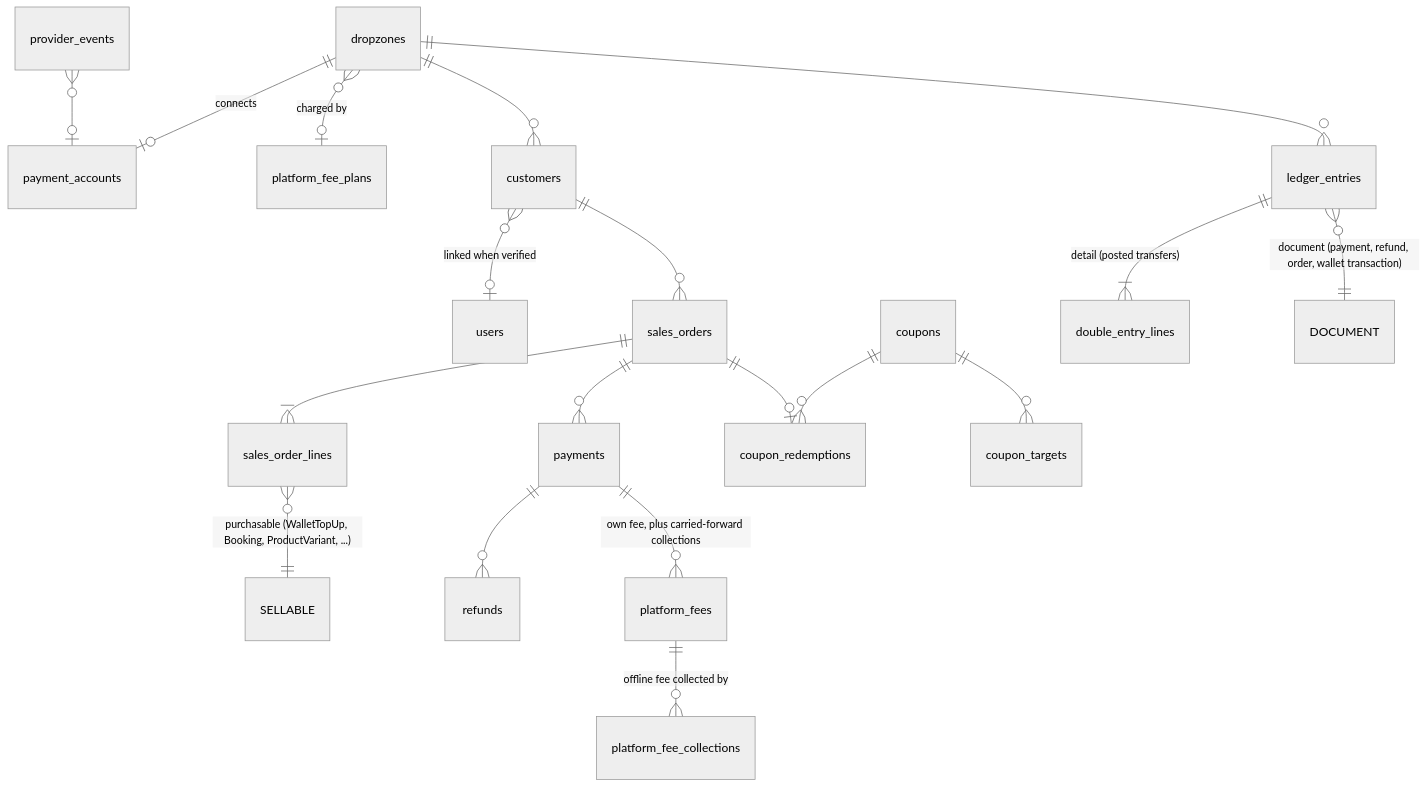
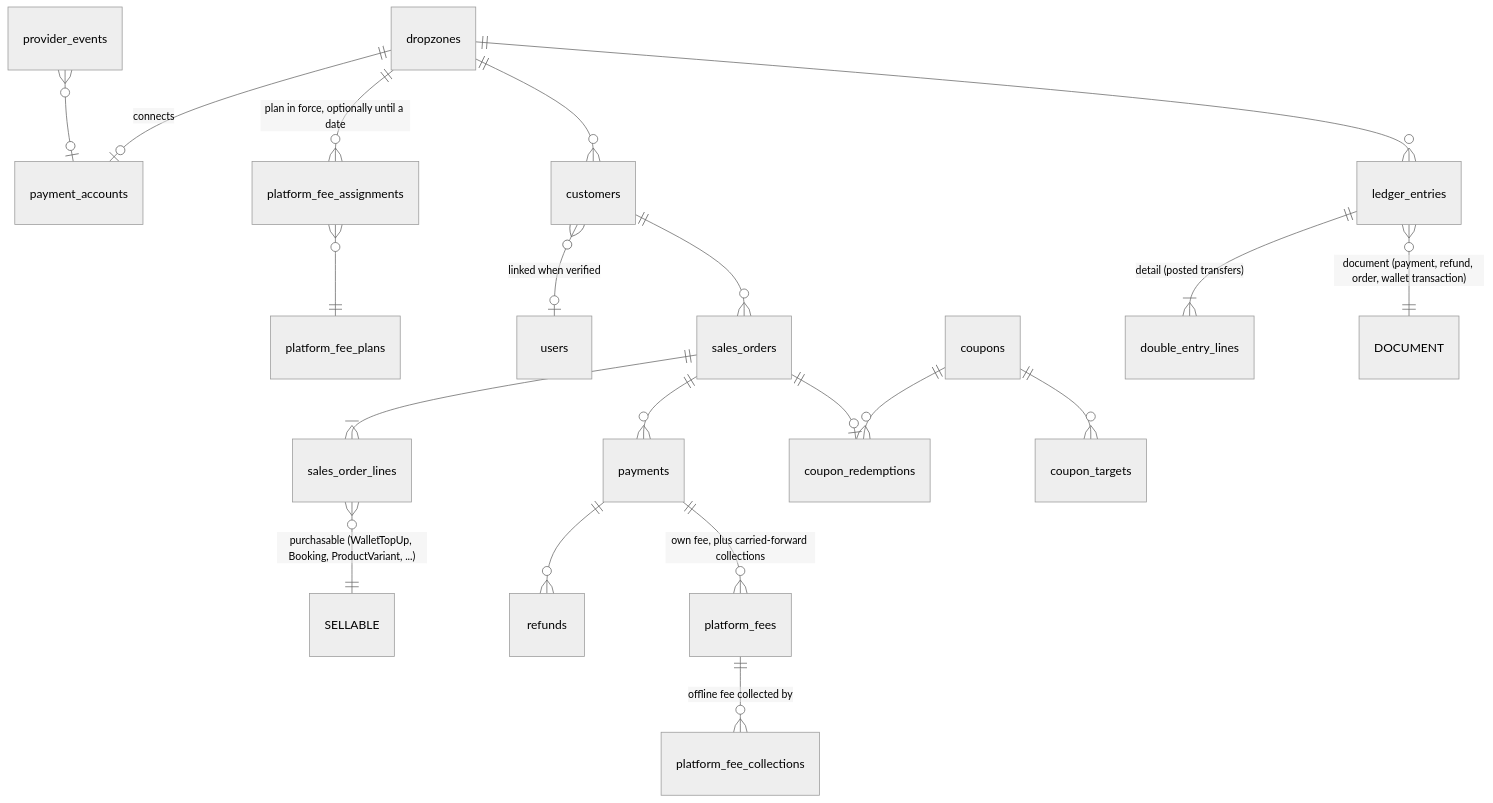
Before and after one commit to OpenManifest/openmanifest-server: the diagram in docs/features/COMMERCE_FOUNDATION.md, drawn with Mermaid (neutral theme). The commit also changed other lines of this file and 1 other file, not shown here.

First line of the commit message:
docs: make platform fees configurable, with free operators

````diff
--- a/docs/features/COMMERCE_FOUNDATION.md
+++ b/docs/features/COMMERCE_FOUNDATION.md
@@ -279,21 +292,22 @@
 ```mermaid
 erDiagram
   dropzones ||--o| payment_accounts : "connects"
-  dropzones }o--o| platform_fee_plans : "charged by"
+  dropzones ||--o{ platform_fee_assignments : "plan in force, optionally until a date"
+  platform_fee_assignments }o--|| platform_fee_plans : ""
   dropzones ||--o{ customers : ""
   customers }o--o| users : "linked when verified"
   customers ||--o{ sales_orders : ""
   sales_orders ||--|{ sales_order_lines : ""
   sales_order_lines }o--|| SELLABLE : "purchasable (WalletTopUp, Booking, ProductVariant, ...)"
   sales_orders ||--o{ payments : ""
   payments ||--o{ refunds : ""
   payments ||--o{ platform_fees : "own fee, plus carried-forward collections"
   platform_fees ||--o{ platform_fee_collections : "offline fee collected by"
   sales_orders ||--o| coupon_redemptions : ""
   coupons ||--o{ coupon_redemptions : ""
   coupons ||--o{ coupon_targets : ""
   dropzones ||--o{ ledger_entries : ""
   ledger_entries ||--|{ double_entry_lines : "detail (posted transfers)"
   ledger_entries }o--|| DOCUMENT : "document (payment, refund, order, wallet transaction)"
   provider_events }o--o| payment_accounts : ""
 ```
````
